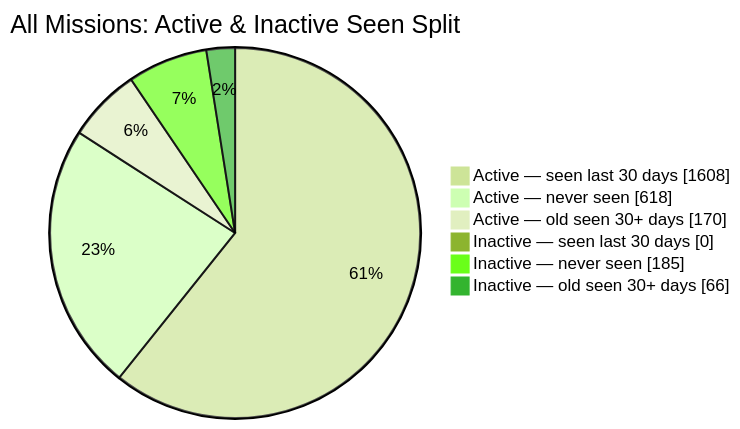
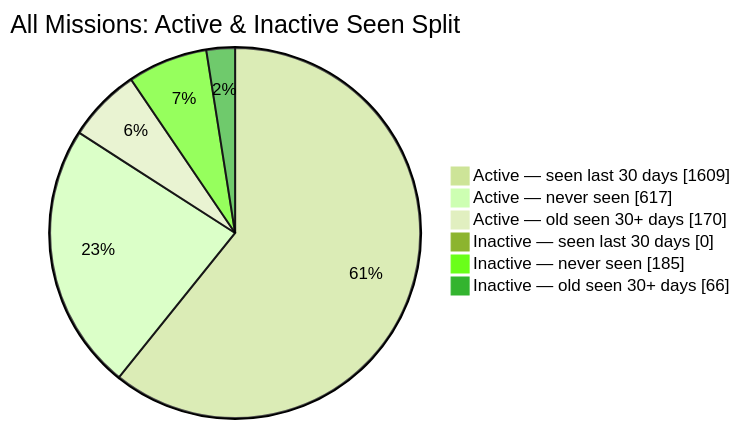
The second of 2 diagrams in README.md (MeldkamerspelGameTeam/active-missions), drawn with Mermaid (forest theme) before and after one commit. The commit also changed other lines of this file and 2 other files, not shown here.

````diff
--- a/README.md
+++ b/README.md
@@ -44,10 +44,10 @@
 ```mermaid
 pie showData
     title All Missions: Active & Inactive Seen Split
-    "Active — seen last 30 days" : 1608
-    "Active — never seen" : 618
+    "Active — seen last 30 days" : 1609
+    "Active — never seen" : 617
     "Active — old seen 30+ days" : 170
     "Inactive — seen last 30 days" : 0
     "Inactive — never seen" : 185
     "Inactive — old seen 30+ days" : 66
 ```
````
